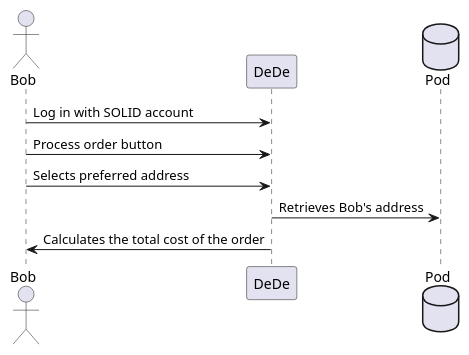
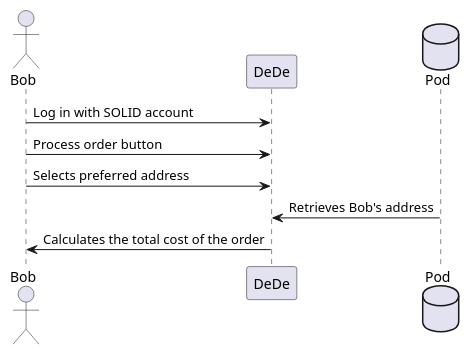
The second of 3 diagrams in docs/06_runtime_view.adoc (Arquisoft/dede_en1a), drawn with PlantUML before and after one commit. The commit also changed other lines of this file and 9 other files, not shown here.

```diff
--- a/docs/06_runtime_view.adoc
+++ b/docs/06_runtime_view.adoc
@@ -27,12 +27,12 @@
 [plantuml,"bob_buy",png]
 ----
 actor Bob
 participant DeDe
 database Pod
 
 Bob -> DeDe : Log in with SOLID account
 Bob -> DeDe : Process order button
 Bob -> DeDe : Selects preferred address
-DeDe -> Pod : Retrieves Bob's address
+DeDe <- Pod : Retrieves Bob's address
 Bob <- DeDe : Calculates the total cost of the order
 ----
```
